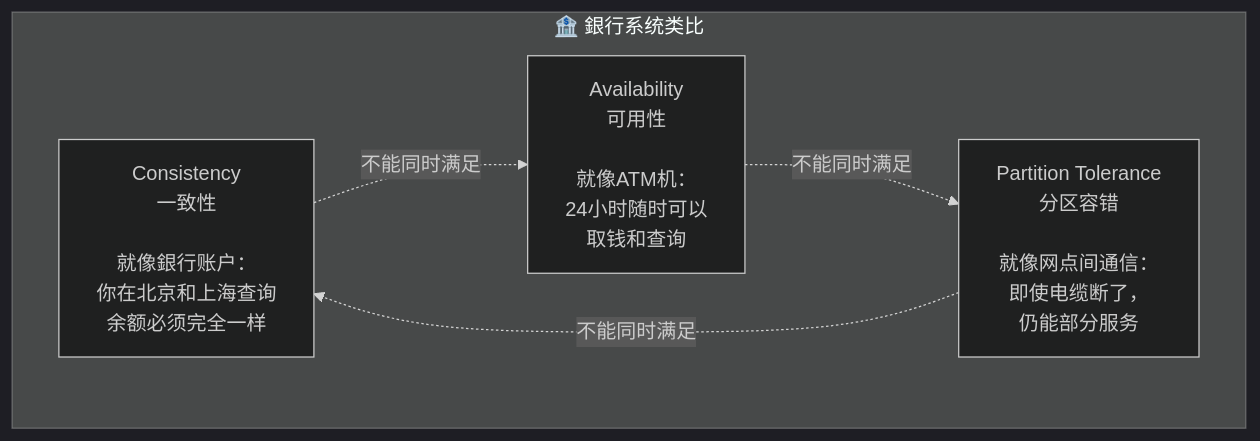
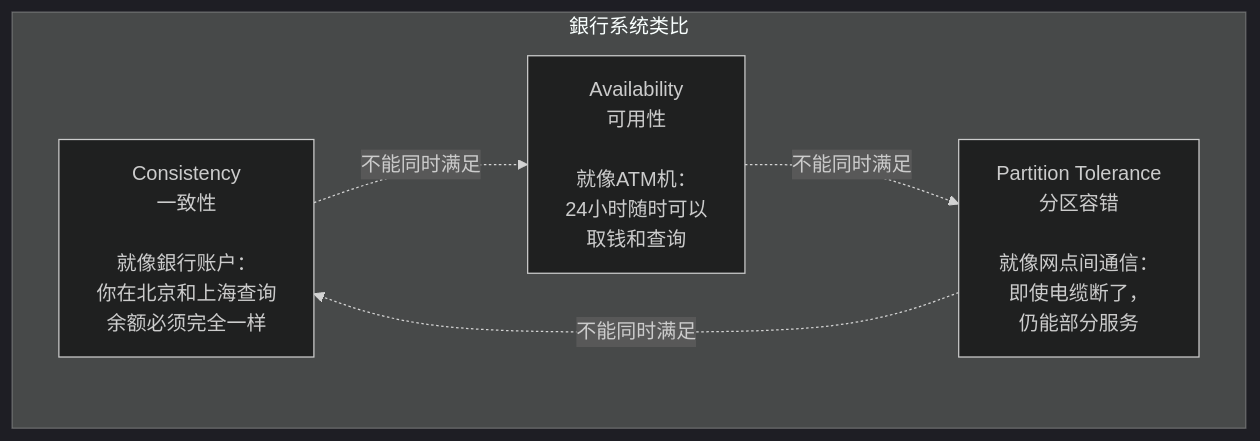
The first of 4 diagrams in content/posts/distributed-02-cap-theorem.md (jsalessandro/lesshash), drawn with Mermaid (dark theme) before and after one commit. The commit also changed other lines of this file and 1 other file, not shown here.

First line of the commit message:
fix: Completely resolve Mermaid diagram rendering issues

````diff
--- a/content/posts/distributed-02-cap-theorem.md
+++ b/content/posts/distributed-02-cap-theorem.md
@@ -35,12 +35,12 @@
 ```mermaid
 flowchart TD
-    subgraph "🏦 銀行系统类比"
+    subgraph BankSystem ["銀行系统类比"]
         A["Consistency<br/>一致性<br/><br/>就像銀行账户：<br/>你在北京和上海查询<br/>余额必须完全一样"]
         B["Availability<br/>可用性<br/><br/>就像ATM机：<br/>24小时随时可以<br/>取钱和查询"]
         C["Partition Tolerance<br/>分区容错<br/><br/>就像网点间通信：<br/>即使电缆断了，<br/>仍能部分服务"]
     end
 
     A -.->|"不能同时满足"| B
     B -.->|"不能同时满足"| C
     C -.->|"不能同时满足"| A
 ```
````
